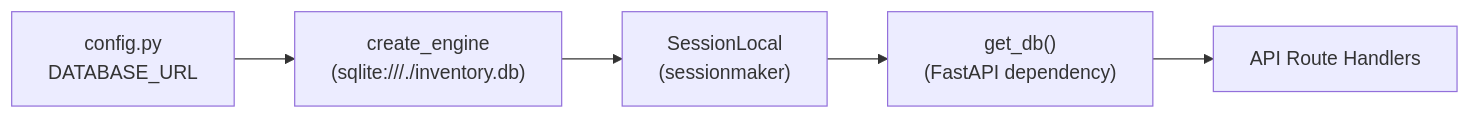
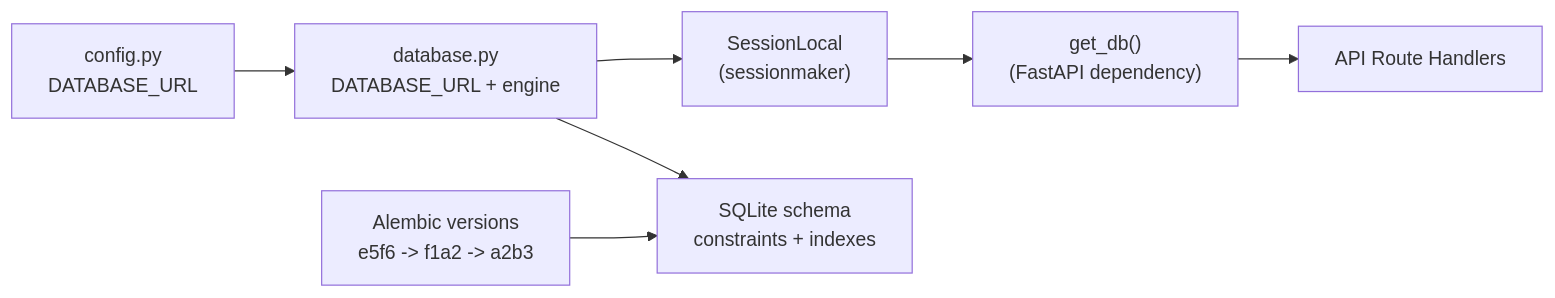
Before and after one commit to lorecanc/dispensapp: the diagram in wiki/modules/backend-database.md, drawn with Mermaid. The commit also changed other lines of this file and 55 other files, not shown here.

````diff
--- a/wiki/modules/backend-database.md
+++ b/wiki/modules/backend-database.md
@@ -66,7 +92,9 @@
 ```mermaid
 graph LR
-    Engine["create_engine<br/>(sqlite:///./inventory.db)"] --> Session["SessionLocal<br/>(sessionmaker)"]
+    Config["config.py<br/>DATABASE_URL"] --> DbMod["database.py<br/>DATABASE_URL + engine"]
+    DbMod --> Session["SessionLocal<br/>(sessionmaker)"]
     Session --> get_db["get_db()<br/>(FastAPI dependency)"]
     get_db --> Routes["API Route Handlers"]
-    Config["config.py<br/>DATABASE_URL"] --> Engine
+    Mig["Alembic versions<br/>e5f6 -> f1a2 -> a2b3"] --> Schema["SQLite schema<br/>constraints + indexes"]
+    DbMod --> Schema
 ```
````
